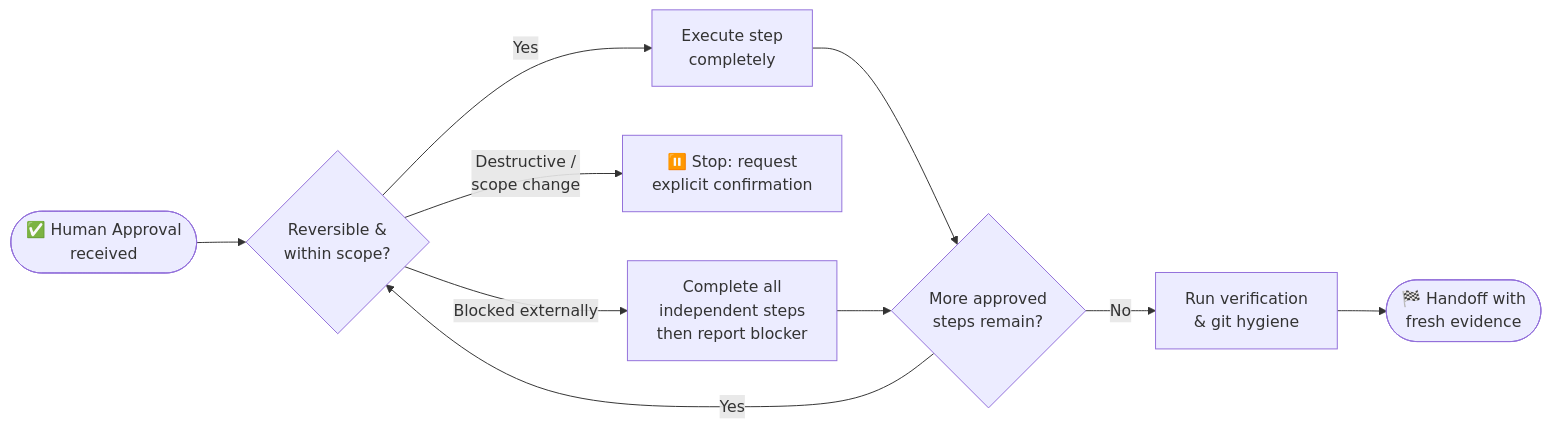
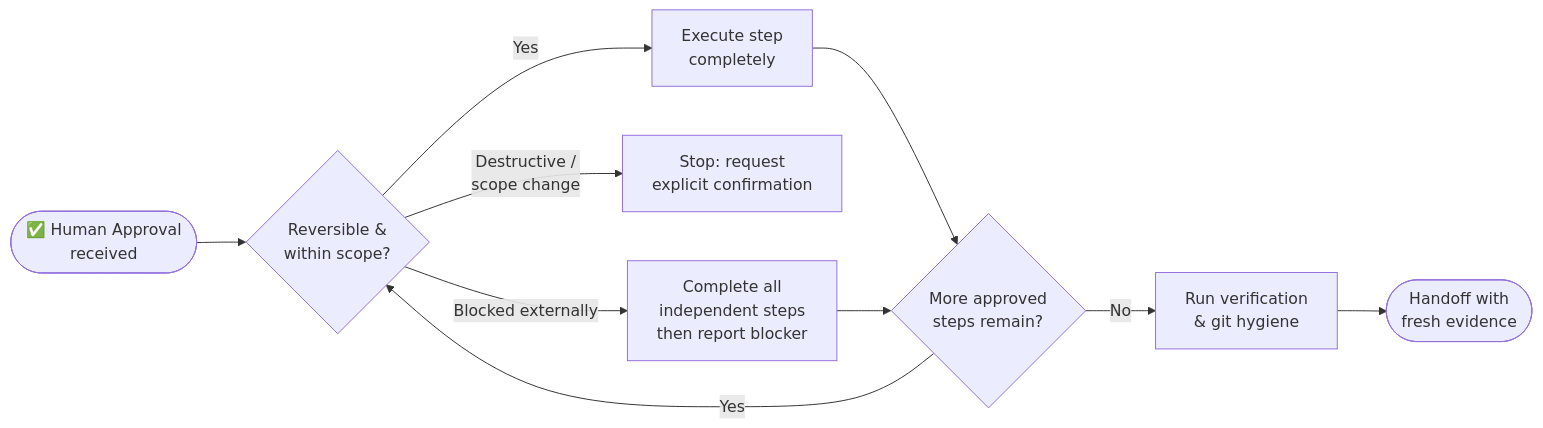
One commit to belajarcarabelajar/vivera changed the diagram in skills/sucp-rules/references/07-completion-confirmation.md. Above: the diagram before and after it, drawn with Mermaid. The commit also changed other lines of this file and 46 other files, not shown here.

````diff
--- a/skills/sucp-rules/references/07-completion-confirmation.md
+++ b/skills/sucp-rules/references/07-completion-confirmation.md
@@ -22,14 +22,14 @@
 ```mermaid
 flowchart LR
     accTitle: Approved-work completion and stop conditions
     accDescr: After approval every reversible in-scope step runs to completion. Destructive actions and scope changes stop for confirmation, while external blockers still let all independent work finish first.
     Approval(["✅ Human Approval\nreceived"]) --> Check{"Reversible &\nwithin scope?"}
     Check -->|"Yes"| Execute["Execute step\ncompletely"]
     Execute --> More{"More approved\nsteps remain?"}
     More -->|"Yes"| Check
     More -->|"No"| Verify["Run verification\n& git hygiene"]
-    Verify --> Done(["🏁 Handoff with\nfresh evidence"])
-    Check -->|"Destructive /\nscope change"| Stop["⏸️ Stop: request\nexplicit confirmation"]
+    Verify --> Done(["Handoff with\nfresh evidence"])
+    Check -->|"Destructive /\nscope change"| Stop["Stop: request\nexplicit confirmation"]
     Check -->|"Blocked externally"| Unblock["Complete all\nindependent steps\nthen report blocker"]
     Unblock --> More
 ```
````
